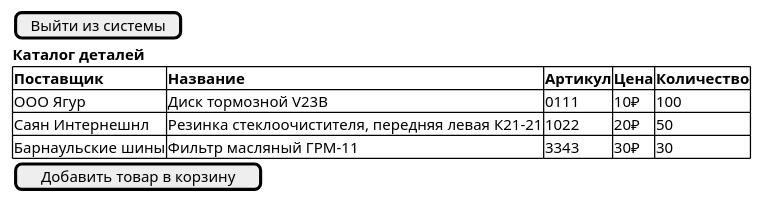
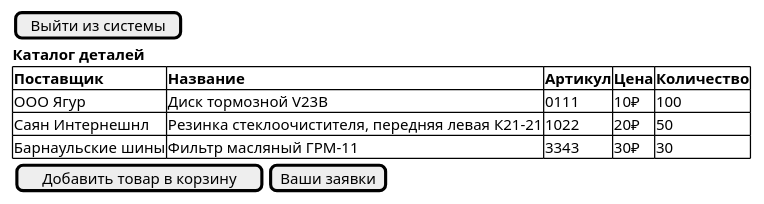
The diagram in uml-диаграммы/окно_просмотра_товаров.puml (BombasticFantastik/PIS_Course_work), drawn with PlantUML before and after one commit. The commit also changed 12 other files, not shown here.

```diff
--- a/uml-диаграммы/окно_просмотра_товаров.puml
+++ b/uml-диаграммы/окно_просмотра_товаров.puml
@@ -1,13 +1,15 @@
 @startsalt Список товаров
 {
     [Выйти из системы]
     <b>Каталог деталей
     {# <b>Поставщик | <b>Название | <b>Артикул| <b>Цена| <b>Количество
     ООО Ягур | Диск тормозной V23B  | 0111  | 10₽ | 100 
     Саян Интернешнл  |  Резинка стеклоочистителя, передняя левая К21-21 | 1022 | 20₽ | 50  
     Барнаульские шины | Фильтр масляный ГРМ-11 | 3343 | 30₽ | 30
     }
-    [Добавить товар в корзину]
+    {
+        [Добавить товар в корзину]| [Ваши заявки]
+    }
     
 }
 @endsalt
```
